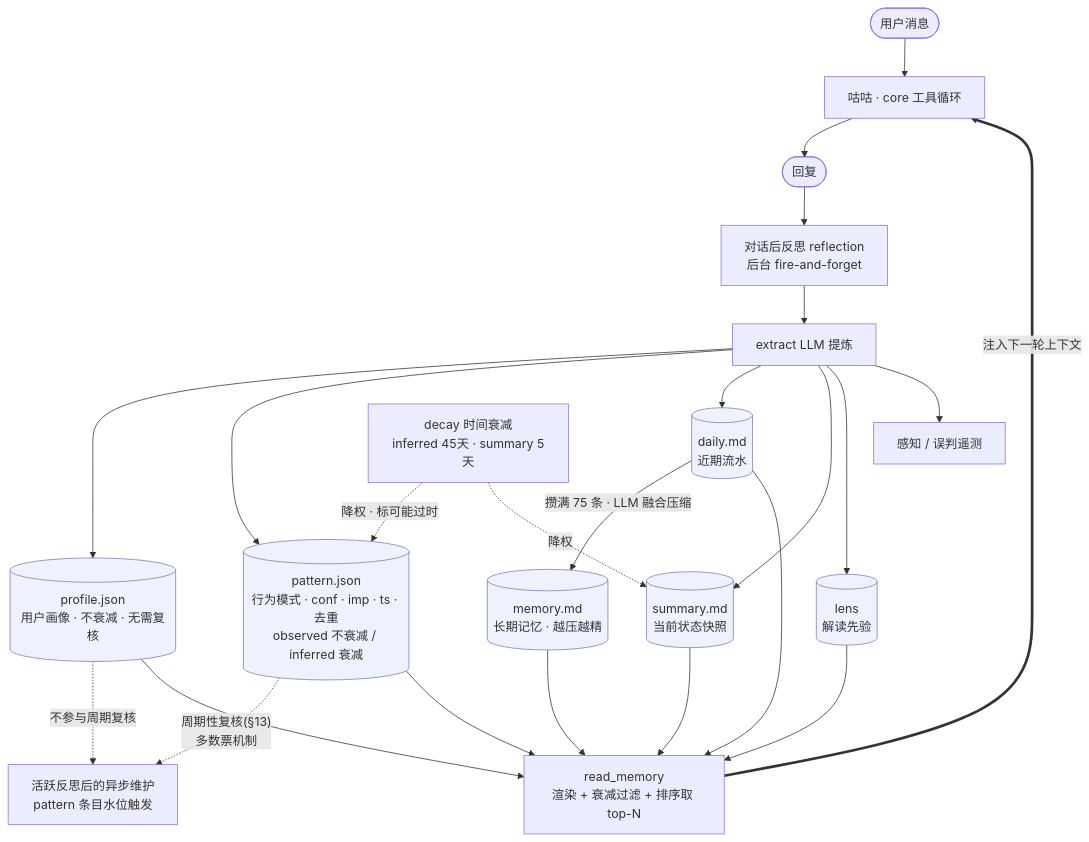
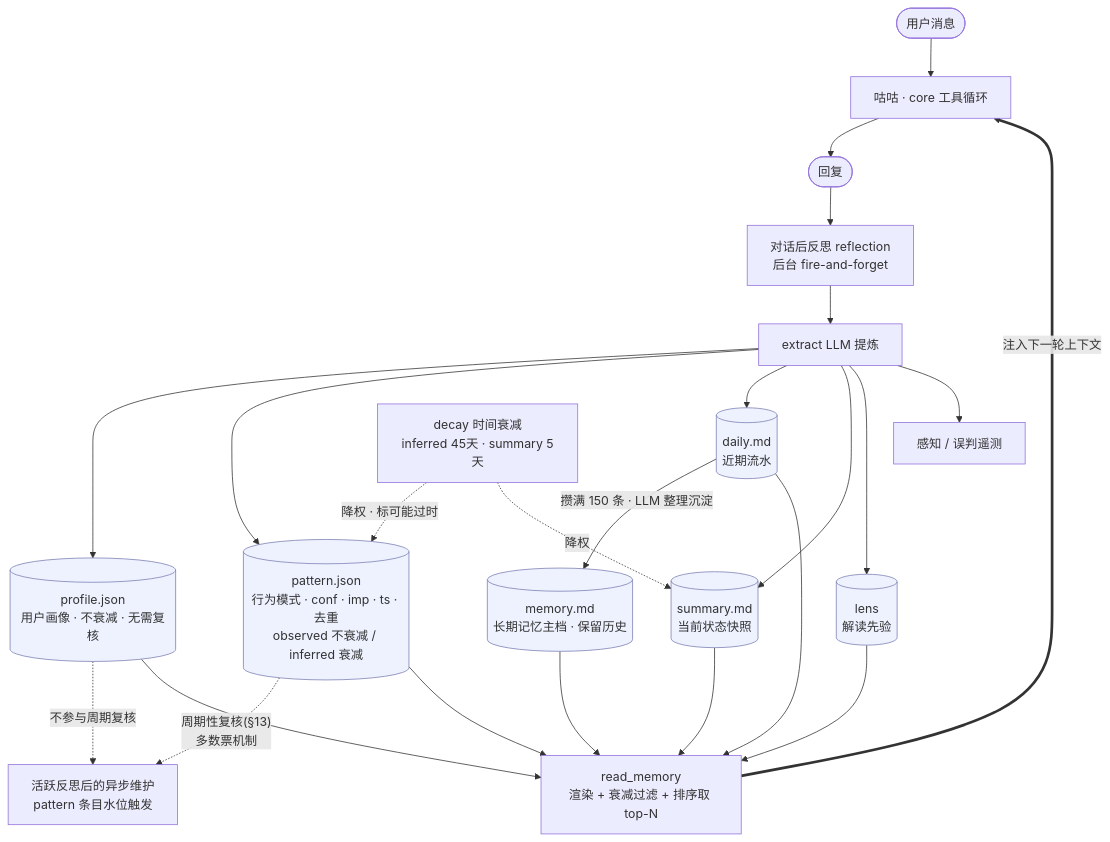
One commit to Coffeiz/Gugu-web changed the first of 2 diagrams in docs/agent/11-记忆系统.md. Above: the diagram before and after it, drawn with Mermaid. The commit also changed other lines of this file and 5 other files, not shown here.

````diff
--- a/docs/agent/11-记忆系统.md
+++ b/docs/agent/11-记忆系统.md
@@ -26,31 +26,31 @@
 ```mermaid
 flowchart TB
     U([用户消息]) --> BRAIN[咕咕 · core 工具循环]
     BRAIN --> REPLY([回复])
     READ[read_memory<br/>渲染 + 衰减过滤 + 排序取 top-N] == 注入下一轮上下文 ==> BRAIN
 
     REPLY --> REF[对话后反思 reflection<br/>后台 fire-and-forget]
     REF --> EX[extract LLM 提炼]
     EX --> PROFILE[(profile.json<br/>用户画像 · 不衰减 · 无需复核)]
     EX --> PATTERN[(pattern.json<br/>行为模式 · conf · imp · ts · 去重<br/>observed 不衰减 / inferred 衰减)]
     EX --> DAILY[(daily.md<br/>近期流水)]
     EX --> SUM[(summary.md<br/>当前状态快照)]
     EX --> LENS[(lens<br/>解读先验)]
     EX --> PERC[感知 / 误判遥测]
 
-    DAILY -- 攒满 75 条 · LLM 融合压缩 --> MEM[(memory.md<br/>长期记忆 · 越压越精)]
+    DAILY -- 攒满 150 条 · LLM 整理沉淀 --> MEM[(memory.md<br/>长期记忆主档 · 保留历史)]
     PROFILE -. 不参与周期复核 .-> PERIODIC[活跃反思后的异步维护<br/>pattern 条目水位触发]
     PATTERN -. 周期性复核(§13)<br/>多数票机制 .-> PERIODIC
     DECAY[decay 时间衰减<br/>inferred 45天 · summary 5天] -. 降权 · 标可能过时 .-> PATTERN
     DECAY -. 降权 .-> SUM
 
     PROFILE --> READ
     PATTERN --> READ
     MEM --> READ
     DAILY --> READ
     SUM --> READ
     LENS --> READ
 
     classDef store fill:#eef2ff,stroke:#7b7fb2,color:#333;
     class PROFILE,PATTERN,DAILY,MEM,SUM,LENS store;
 ```
````
